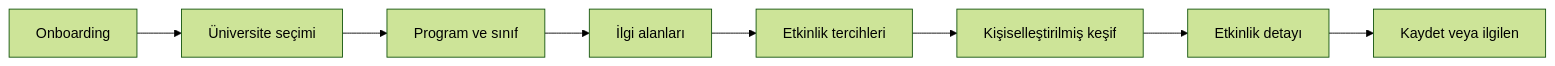
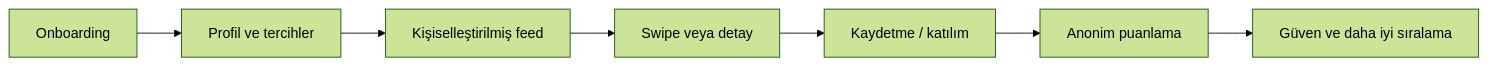
Before and after one commit to yusufgoktepe/Group-132-YZTA-BOOTCAMP-2026: the diagram in README.md, drawn with Mermaid (forest theme). The commit also changed other lines of this file and 98 other files, not shown here.

````diff
--- a/README.md
+++ b/README.md
@@ -61,10 +70,9 @@
 ```mermaid
 flowchart LR
-    A[Onboarding] --> B[Üniversite seçimi]
-    B --> C[Program ve sınıf]
-    C --> D[İlgi alanları]
-    D --> E[Etkinlik tercihleri]
-    E --> F[Kişiselleştirilmiş keşif]
-    F --> G[Etkinlik detayı]
-    G --> H[Kaydet veya ilgilen]
+    A[Onboarding] --> B[Profil ve tercihler]
+    B --> C[Kişiselleştirilmiş feed]
+    C --> D[Swipe veya detay]
+    D --> E[Kaydetme / katılım]
+    E --> F[Anonim puanlama]
+    F --> G[Güven ve daha iyi sıralama]
 ```
````
